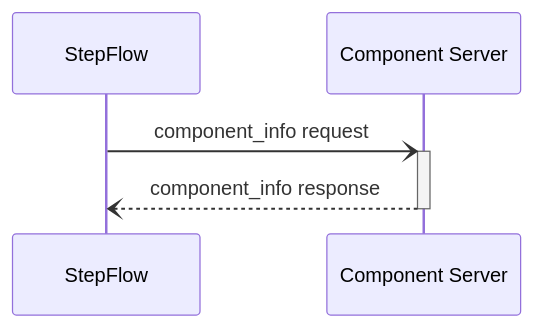
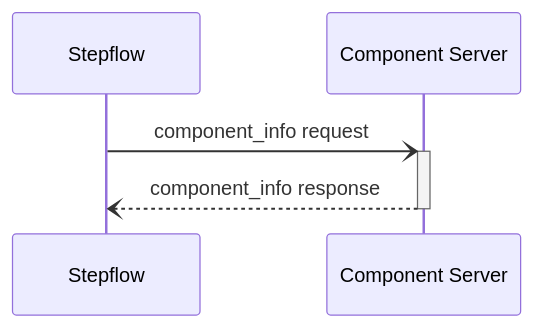
The second of 3 diagrams in docs/docs/protocol/components.mdx (stepflow-ai/stepflow), drawn with Mermaid before and after one commit. The commit also changed other lines of this file and 162 other files, not shown here.

````diff
--- a/docs/docs/protocol/components.mdx
+++ b/docs/docs/protocol/components.mdx
@@ -75,7 +75,7 @@
 ```mermaid
 sequenceDiagram
-    participant SF as StepFlow
+    participant SF as Stepflow
     participant CS as Component Server
     SF-)+CS: component_info request
     CS--)-SF: component_info response
 ```
````
